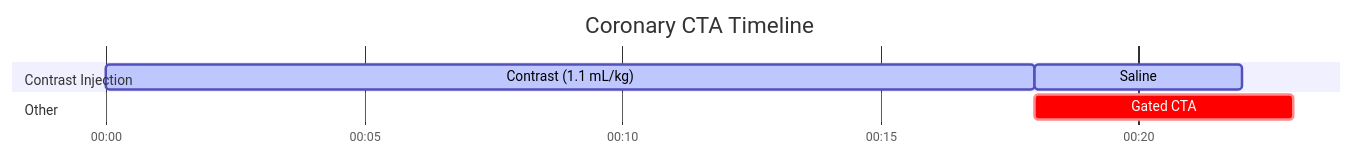
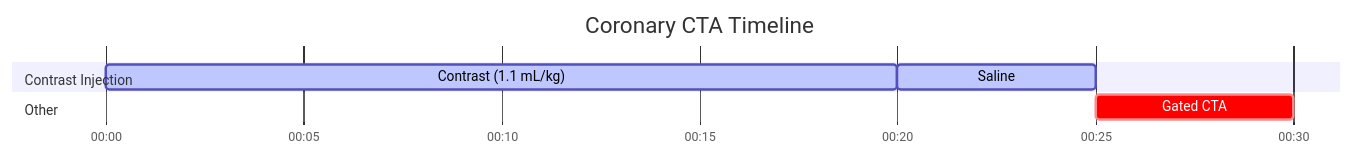
Before and after one commit to dfergs93/radiology-protocols: the diagram in docs/ct/cardiac/coronary-cta.md, drawn with Mermaid. The commit also changed 26 other files, not shown here.

````diff
--- a/docs/ct/cardiac/coronary-cta.md
+++ b/docs/ct/cardiac/coronary-cta.md
@@ -92,18 +92,18 @@
   ```mermaid
   ---
   displayMode: compact
   config:
     theme: default
     themeCSS: " #Saline{ fill: #4ed5ff; stroke: #2094f3; } "
   ---
     gantt
       title Coronary CTA Timeline
       dateFormat mm:ss
       axisFormat %M:%S 
       
       section Contrast Injection
-      Contrast (1.1 mL/kg)    :active, contrast, 00:00, 18s
-      Saline          :active, saline, after contrast, 4s
+      Contrast (1.1 mL/kg)    :active, contrast, 00:00, 20s
+      Saline          :active, saline, after contrast, 5s
       section Other
-      Gated CTA    :crit, scan1, after contrast, 5s
+      Gated CTA    :crit, scan1, after saline, 5s
   ```
````
